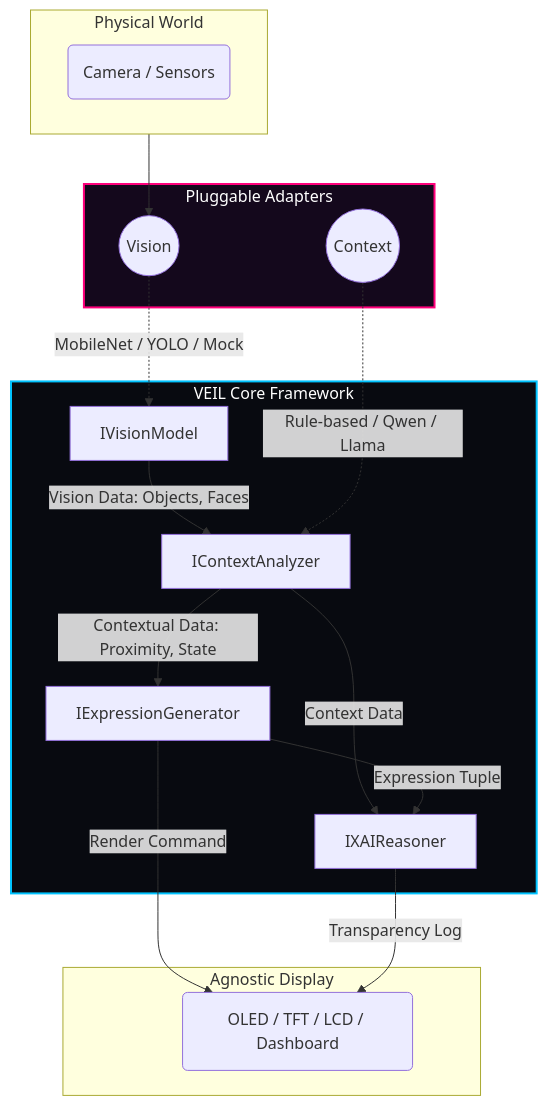
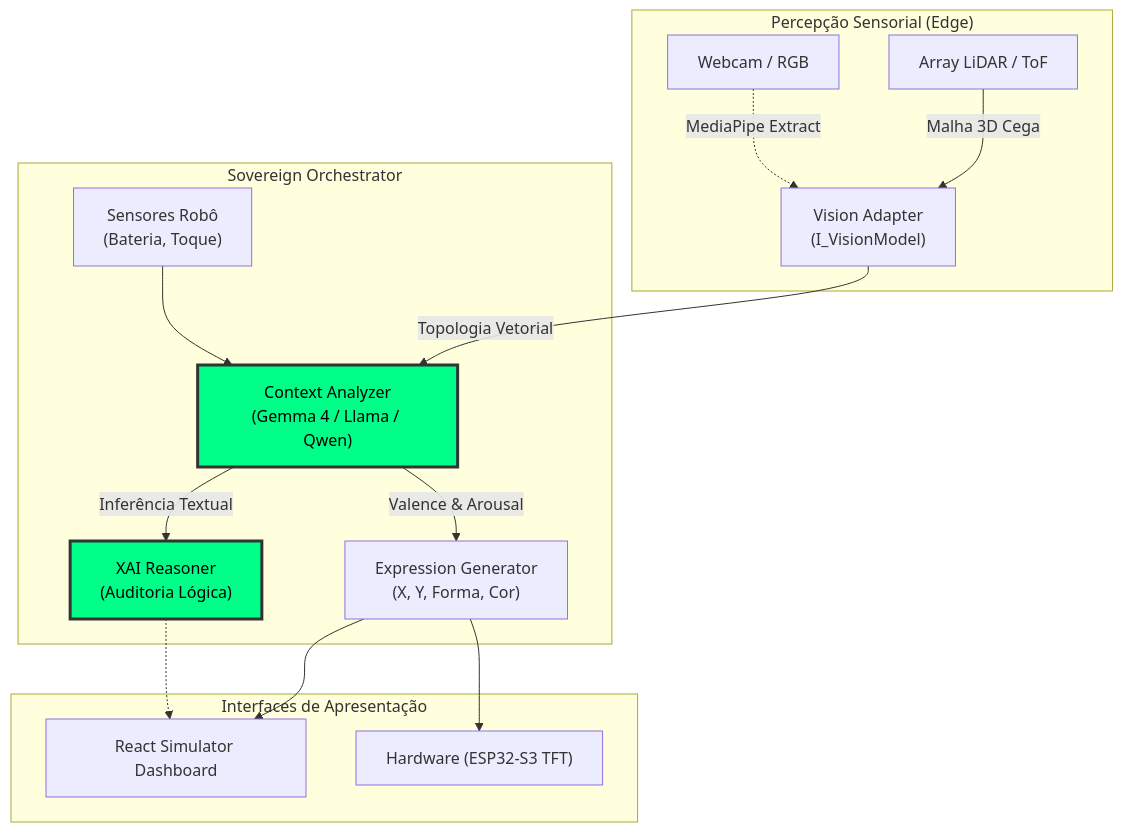
Before and after one commit to symbeon-labs/veil-core: the diagram in README.md, drawn with Mermaid. The commit also changed other lines of this file and 24 other files, not shown here.

Commit message:
Initial Release of VEIL Core Framework: Sovereign AI Emotive Engine with ZK-Proof (UEAP) & Minimalist O.R.B. Hardware Specs.

````diff
--- a/README.md
+++ b/README.md
@@ -27,34 +26,24 @@
 ```mermaid
 graph TD
-    subgraph Env [Physical World]
-        A(Camera / Sensors)
+    subgraph "Percepção Sensorial (Edge)"
+        LiDAR["Array LiDAR / ToF"] -->|Malha 3D Cega| VA["Vision Adapter\n(I_VisionModel)"]
+        Camera["Webcam / RGB"] -.->|MediaPipe Extract| VA
     end
 
-    subgraph VEIL_CORE [VEIL Core Framework]
-        B[IVisionModel]
-        C[IContextAnalyzer]
-        D[IExpressionGenerator]
-        E[IXAIReasoner]
+    subgraph "Sovereign Orchestrator"
+        VA -->|Topologia Vetorial| CA["Context Analyzer\n(Gemma 4 / Llama / Qwen)"]
+        Robot["Sensores Robô\n(Bateria, Toque)"] --> CA
         
-        B -->|Vision Data: Objects, Faces| C
-        C -->|Contextual Data: Proximity, State| D
-        C -->|Context Data| E
-        D -->|Expression Tuple| E
+        CA -->|Valence & Arousal| EG["Expression Generator\n(X, Y, Forma, Cor)"]
+        CA -->|Inferência Textual| XAI["XAI Reasoner\n(Auditoria Lógica)"]
     end
 
-    subgraph Adapters [Pluggable Adapters]
-        V_Adapters((Vision)) -.->|MobileNet / YOLO / Mock| B
-        C_Adapters((Context)) -.->|Rule-based / Qwen / Llama| C
+    subgraph "Interfaces de Apresentação"
+        EG --> Dash["React Simulator Dashboard"]
+        XAI -.-> Dash
+        EG --> ESP["Hardware (ESP32-S3 TFT)"]
     end
 
-    subgraph Hardware_Display [Agnostic Display]
-        F(OLED / TFT / LCD / Dashboard)
-    end
-
-    Env --> V_Adapters
-    D -->|Render Command| F
-    E -->|Transparency Log| F
-    
-    style VEIL_CORE fill:#080a10,stroke:#00c3ff,stroke-width:2px,color:#fff
-    style Adapters fill:#14081c,stroke:#ff007b,stroke-width:2px,color:#fff
+    style CA fill:#00FF88,stroke:#333,stroke-width:3px,color:#000
+    style XAI fill:#00FF88,stroke:#333,stroke-width:3px,color:#000
 ```
````
